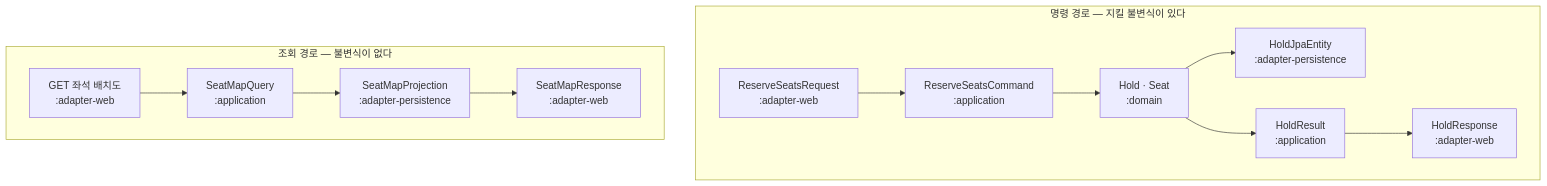
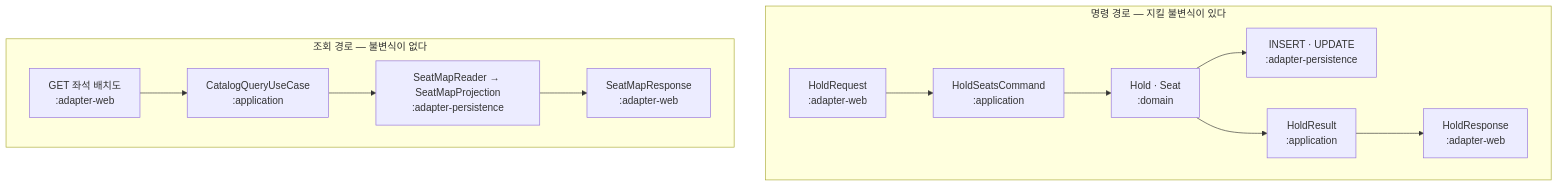
Before and after one commit to jomin4/pi-reservation-system: the diagram in docs/api.md, drawn with Mermaid. The commit also changed other lines of this file and 49 other files, not shown here.

````diff
--- a/docs/api.md
+++ b/docs/api.md
@@ -221,18 +240,18 @@
 ```mermaid
 flowchart TB
     subgraph CP["명령 경로 — 지킬 불변식이 있다"]
         direction LR
-        R1["ReserveSeatsRequest<br/>:adapter-web"] --> C1["ReserveSeatsCommand<br/>:application"]
+        R1["HoldRequest<br/>:adapter-web"] --> C1["HoldSeatsCommand<br/>:application"]
         C1 --> D1["Hold · Seat<br/>:domain"]
-        D1 --> J1["HoldJpaEntity<br/>:adapter-persistence"]
+        D1 --> J1["INSERT · UPDATE<br/>:adapter-persistence"]
         D1 --> S1["HoldResult<br/>:application"]
         S1 --> P1["HoldResponse<br/>:adapter-web"]
     end
 
     subgraph QP["조회 경로 — 불변식이 없다"]
         direction LR
-        Q1["GET 좌석 배치도<br/>:adapter-web"] --> Q2["SeatMapQuery<br/>:application"]
-        Q2 --> Q3["SeatMapProjection<br/>:adapter-persistence"]
+        Q1["GET 좌석 배치도<br/>:adapter-web"] --> Q2["CatalogQueryUseCase<br/>:application"]
+        Q2 --> Q3["SeatMapReader → SeatMapProjection<br/>:adapter-persistence"]
         Q3 --> Q4["SeatMapResponse<br/>:adapter-web"]
     end
 ```
````
